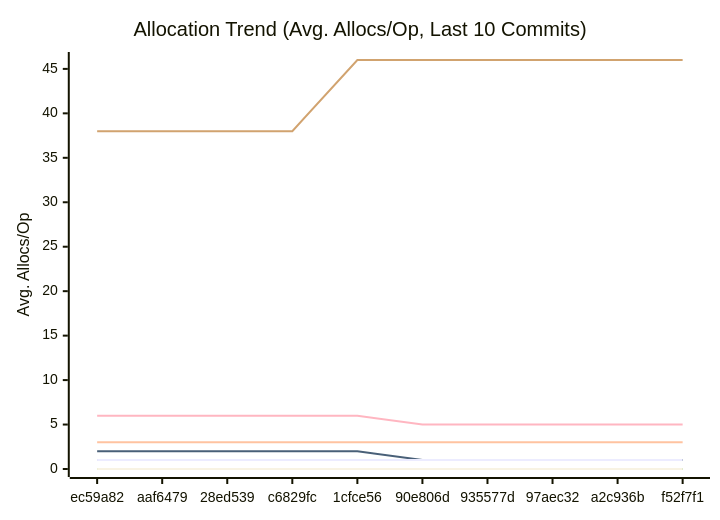
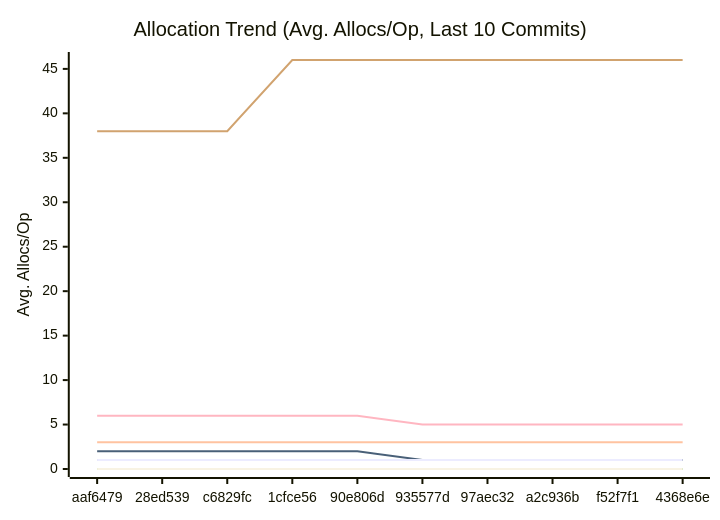
The third of 3 diagrams in docs/PERFORMANCE.md (alsotoes/momo), drawn with Mermaid before and after one commit. The commit also changed other lines of this file and 4 other files, not shown here.

````diff
--- a/docs/PERFORMANCE.md
+++ b/docs/PERFORMANCE.md
@@ -176,18 +176,18 @@
 ```mermaid
 xychart-beta
     title "Allocation Trend (Avg. Allocs/Op, Last 10 Commits)"
     x-axis "Commit"
     y-axis "Avg. Allocs/Op"
-    x-axis [ec59a82,aaf6479,28ed539,c6829fc,1cfce56,90e806d,935577d,97aec32,a2c936b,f52f7f1]
+    x-axis [aaf6479,28ed539,c6829fc,1cfce56,90e806d,935577d,97aec32,a2c936b,f52f7f1,4368e6e]
     line "CheckMetricsAndSwap" [0,0,0,0,0,0,0,0,0,0]
     line "CrushOptimized" [0,0,0,0,0,0,0,0,0,0]
     line "CrushOriginal" [3,3,3,3,3,3,3,3,3,3]
     line "IndexDirectTracking" [0,0,0,0,0,0,0,0,0,0]
     line "IndexSearch" [0,0,0,0,0,0,0,0,0,0]
-    line "LoadGlobalConfig" [38,38,38,38,46,46,46,46,46,46]
+    line "LoadGlobalConfig" [38,38,38,46,46,46,46,46,46,46]
     line "PadString" [1,1,1,1,1,1,1,1,1,1]
     line "ParseReplicationOrder_NoPrealloc" [6,6,6,6,6,5,5,5,5,5]
     line "ParseReplicationOrder_Prealloc" [2,2,2,2,2,1,1,1,1,1]
     line "SanitizeLog/Safe" [0,0,0,0,0,0,0,0,0,0]
     line "SanitizeLog/Unsafe" [1,1,1,1,1,1,1,1,1,1]
 ```
````
